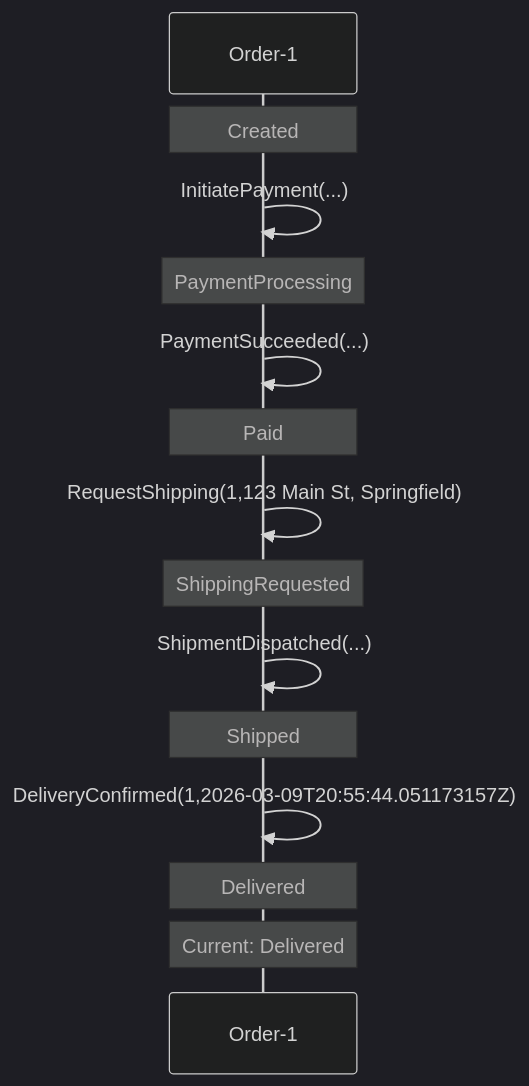
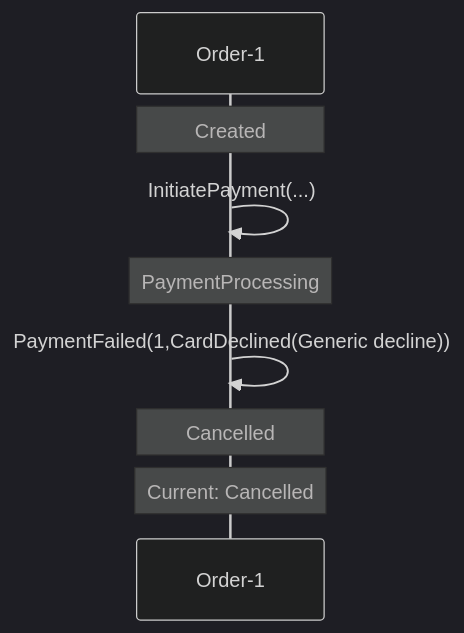
The first of 2 diagrams in docs/visualizations/order-1-trace.md (early-effect/mechanoid), drawn with Mermaid (dark theme) before and after one commit. The commit also changed other lines of this file and 6 other files, not shown here.

First line of the commit message:
Fix Mermaid state diagram note syntax for timeouts

````diff
--- a/docs/visualizations/order-1-trace.md
+++ b/docs/visualizations/order-1-trace.md
@@ -7,17 +7,11 @@
 ```mermaid
 sequenceDiagram
     participant FSM as Order-1
     Note over FSM: Created
     FSM->>FSM: InitiatePayment(...)
     Note over FSM: PaymentProcessing
-    FSM->>FSM: PaymentSucceeded(...)
-    Note over FSM: Paid
-    FSM->>FSM: RequestShipping(1,123 Main St, Springfield)
-    Note over FSM: ShippingRequested
-    FSM->>FSM: ShipmentDispatched(...)
-    Note over FSM: Shipped
-    FSM->>FSM: DeliveryConfirmed(1,2026-03-09T20:55:44.051173157Z)
-    Note over FSM: Delivered
-    Note over FSM: Current: Delivered
+    FSM->>FSM: PaymentFailed(1,CardDeclined(Generic decline))
+    Note over FSM: Cancelled
+    Note over FSM: Current: Cancelled
 
 ```
````
